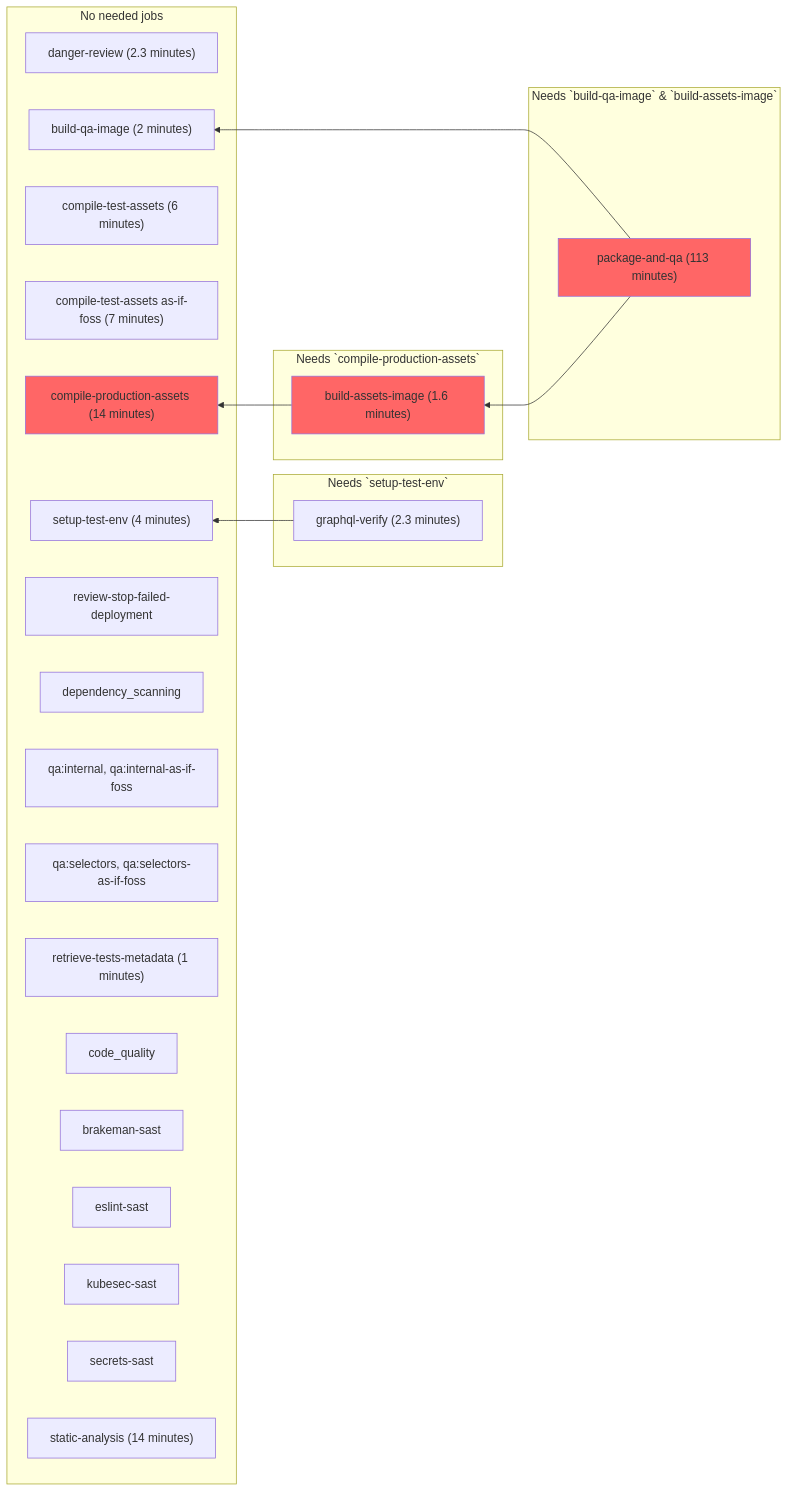
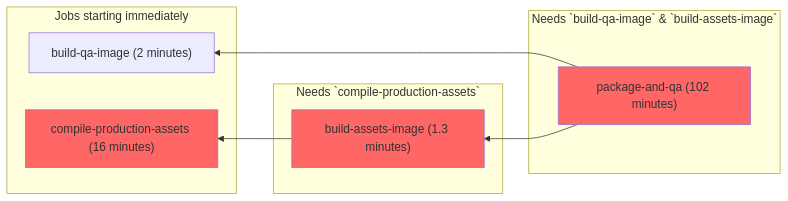
The sixth of 6 diagrams in doc/development/pipelines.md (diffblue/gitlab), drawn with Mermaid before and after one commit. The commit also changed other lines of this file, not shown here.

Commit message:
Simplify pipeline types documentation

````diff
--- a/doc/development/pipelines.md
+++ b/doc/development/pipelines.md
@@ -529,53 +466,25 @@
 ```mermaid
 graph RL;
   classDef criticalPath fill:#f66;
 
-  subgraph "No needed jobs";
-    1-1["danger-review (2.3 minutes)"];
-    click 1-1 "https://app.periscopedata.com/app/gitlab/652085/Engineering-Productivity---Pipeline-Build-Durations?widget=8100542&udv=0"
+  subgraph "Jobs starting immediately";
     1-2["build-qa-image (2 minutes)"];
     click 1-2 "https://app.periscopedata.com/app/gitlab/652085/Engineering-Productivity---Pipeline-Build-Durations?widget=6914325&udv=0"
-    1-3["compile-test-assets (6 minutes)"];
-    click 1-3 "https://app.periscopedata.com/app/gitlab/652085/Engineering-Productivity---Pipeline-Build-Durations?widget=6914317&udv=0"
-    1-4["compile-test-assets as-if-foss (7 minutes)"];
-    click 1-4 "https://app.periscopedata.com/app/gitlab/652085/Engineering-Productivity---Pipeline-Build-Durations?widget=8356616&udv=0"
-    1-5["compile-production-assets (14 minutes)"];
+    1-5["compile-production-assets (16 minutes)"];
+    class 1-5 criticalPath;
     click 1-5 "https://app.periscopedata.com/app/gitlab/652085/Engineering-Productivity---Pipeline-Build-Durations?widget=6914312&udv=0"
-    1-6["setup-test-env (4 minutes)"];
-    click 1-6 "https://app.periscopedata.com/app/gitlab/652085/Engineering-Productivity---Pipeline-Build-Durations?widget=6914315&udv=0"
-    1-7["review-stop-failed-deployment"];
-    1-8["dependency_scanning"];
-    1-9["qa:internal, qa:internal-as-if-foss"];
-    1-11["qa:selectors, qa:selectors-as-if-foss"];
-    1-14["retrieve-tests-metadata (1 minutes)"];
-    click 1-14 "https://app.periscopedata.com/app/gitlab/652085/Engineering-Productivity---Pipeline-Build-Durations?widget=8356697&udv=0"
-    1-15["code_quality"];
-    1-16["brakeman-sast"];
-    1-17["eslint-sast"];
-    1-18["kubesec-sast"];
-    1-20["secrets-sast"];
-    1-21["static-analysis (14 minutes)"];
-    click 1-21 "https://app.periscopedata.com/app/gitlab/652085/Engineering-Productivity---Pipeline-Build-Durations?widget=6914471&udv=0"
-
-    class 1-5 criticalPath;
   end
 
-  2_1-1["graphql-verify (2.3 minutes)"];
-  click 2_1-1 "https://app.periscopedata.com/app/gitlab/652085/Engineering-Productivity---Pipeline-Build-Durations?widget=8356715&udv=0"
-  subgraph "Needs `setup-test-env`";
-    2_1-1 --> 1-6;
+  2_3-1["build-assets-image (1.3 minutes)"];
+  class 2_3-1 criticalPath;
+  subgraph "Needs `compile-production-assets`";
+    2_3-1 --> 1-5
   end
 
-  2_3-1["build-assets-image (1.6 minutes)"];
-  subgraph "Needs `compile-production-assets`";
-    2_3-1 --> 1-5
-    class 2_3-1 criticalPath;
-  end
-
-  2_4-1["package-and-qa (113 minutes)"];
+  2_4-1["package-and-qa (102 minutes)"];
+  class 2_4-1 criticalPath;
+  click 2_4-1 "https://app.periscopedata.com/app/gitlab/652085/Engineering-Productivity---Pipeline-Build-Durations?widget=6914305&udv=0"
   subgraph "Needs `build-qa-image` & `build-assets-image`";
     2_4-1 --> 1-2 & 2_3-1;
-    class 2_4-1 criticalPath;
-    click 2_4-1 "https://app.periscopedata.com/app/gitlab/652085/Engineering-Productivity---Pipeline-Build-Durations?widget=6914305&udv=0"
   end
 ```
````
